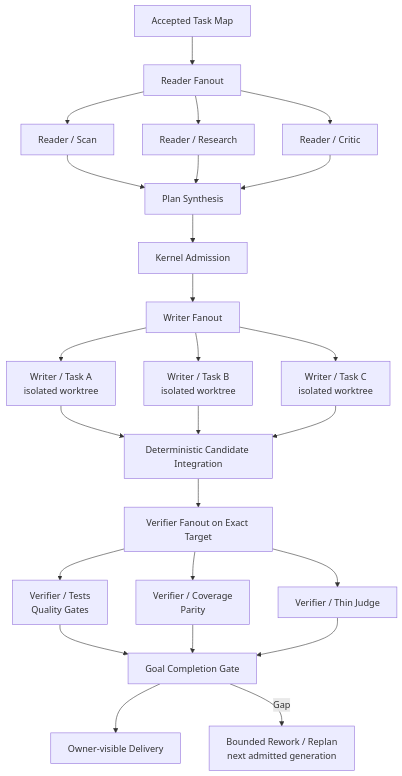
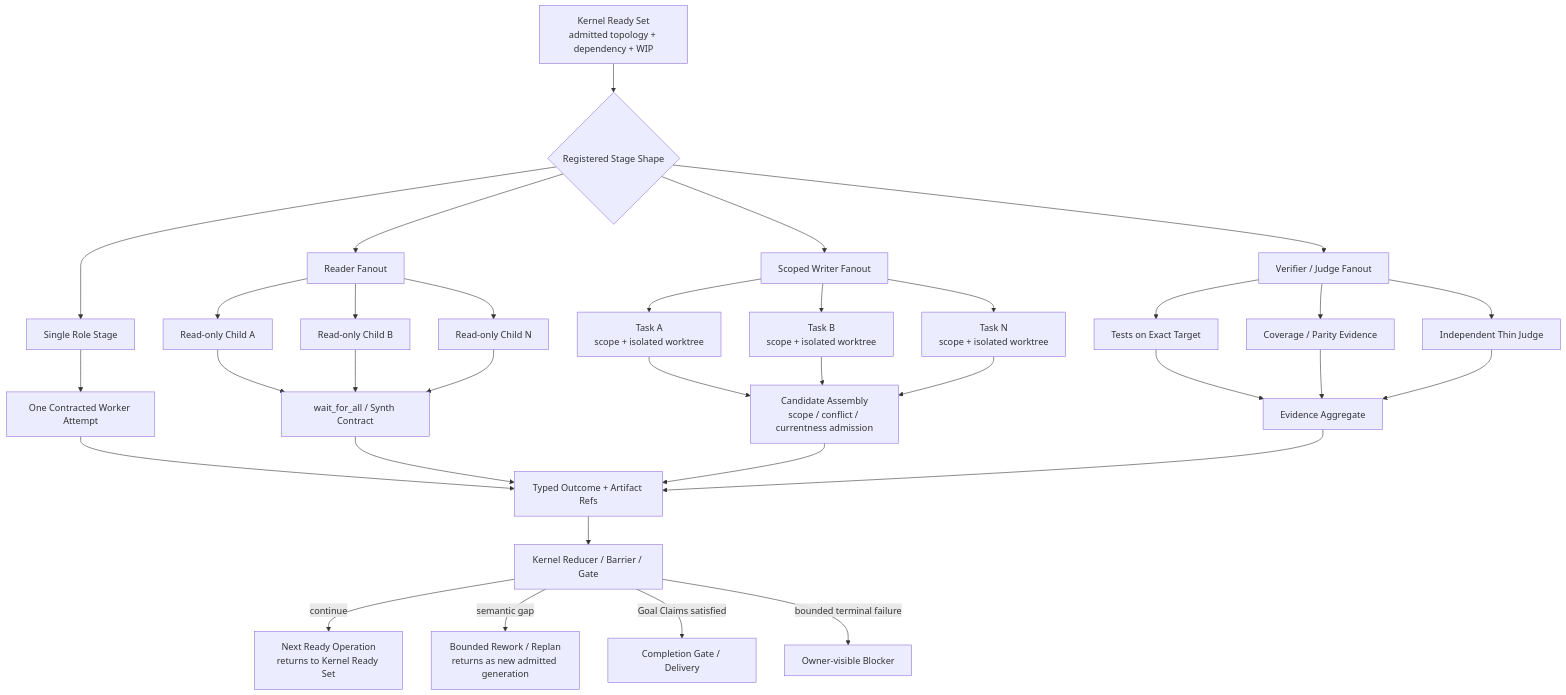
One commit to rzwu-uisee/zaofu-self-issue changed the second of 2 diagrams in docs/manual/architecture.en.md. Above: the diagram before and after it, drawn with Mermaid. The commit also changed other lines of this file and 3 other files, not shown here.

Commit message:
fix: preserve semantic rework recovery actions

````diff
--- a/docs/manual/architecture.en.md
+++ b/docs/manual/architecture.en.md
@@ -217,38 +230,41 @@
 ```mermaid
 flowchart TB
-  TASKMAP["Accepted Task Map"] --> RF["Reader Fanout"]
-  RF --> R1
-  RF --> R2
-  RF --> R3
-  R1["Reader / Scan"]
-  R2["Reader / Research"]
-  R3["Reader / Critic"]
-  R1 --> SYNTH["Plan Synthesis"]
-  R2 --> SYNTH
-  R3 --> SYNTH
-  SYNTH --> ADMISSION["Kernel Admission"]
+  READY["Kernel Ready Set<br/>admitted topology + dependency + WIP"] --> SHAPE{"Registered Stage Shape"}
 
-  ADMISSION --> WF["Writer Fanout"]
-  WF --> W1
-  WF --> W2
-  WF --> W3
-  W1["Writer / Task A<br/>isolated worktree"]
-  W2["Writer / Task B<br/>isolated worktree"]
-  W3["Writer / Task C<br/>isolated worktree"]
-  W1 --> INTEGRATE["Deterministic Candidate Integration"]
-  W2 --> INTEGRATE
-  W3 --> INTEGRATE
+  SHAPE --> SINGLE["Single Role Stage"]
+  SINGLE --> ONE["One Contracted Worker Attempt"]
 
-  INTEGRATE --> VF["Verifier Fanout on Exact Target"]
-  VF --> V1
-  VF --> V2
-  VF --> V3
-  V1["Verifier / Tests<br/>Quality Gates"]
-  V2["Verifier / Coverage<br/>Parity"]
-  V3["Verifier / Thin Judge"]
-  V1 --> COMPLETE["Goal Completion Gate"]
-  V2 --> COMPLETE
-  V3 --> COMPLETE
-  COMPLETE --> DELIVER["Owner-visible Delivery"]
-  COMPLETE -- "Gap" --> REPLAN["Bounded Rework / Replan<br/>next admitted generation"]
+  SHAPE --> RF["Reader Fanout"]
+  RF --> R1["Read-only Child A"]
+  RF --> R2["Read-only Child B"]
+  RF --> RN["Read-only Child N"]
+  R1 --> RS["wait_for_all / Synth Contract"]
+  R2 --> RS
+  RN --> RS
+
+  SHAPE --> WF["Scoped Writer Fanout"]
+  WF --> W1["Task A<br/>scope + isolated worktree"]
+  WF --> W2["Task B<br/>scope + isolated worktree"]
+  WF --> WN["Task N<br/>scope + isolated worktree"]
+  W1 --> CANDIDATE["Candidate Assembly<br/>scope / conflict / currentness admission"]
+  W2 --> CANDIDATE
+  WN --> CANDIDATE
+
+  SHAPE --> VF["Verifier / Judge Fanout"]
+  VF --> V1["Tests on Exact Target"]
+  VF --> V2["Coverage / Parity Evidence"]
+  VF --> VN["Independent Thin Judge"]
+  V1 --> VA["Evidence Aggregate"]
+  V2 --> VA
+  VN --> VA
+
+  ONE --> OUTCOME["Typed Outcome + Artifact Refs"]
+  RS --> OUTCOME
+  CANDIDATE --> OUTCOME
+  VA --> OUTCOME
+  OUTCOME --> REDUCER["Kernel Reducer / Barrier / Gate"]
+  REDUCER -- "continue" --> NEXT["Next Ready Operation<br/>returns to Kernel Ready Set"]
+  REDUCER -- "semantic gap" --> REPLAN["Bounded Rework / Replan<br/>returns as new admitted generation"]
+  REDUCER -- "Goal Claims satisfied" --> COMPLETE["Completion Gate / Delivery"]
+  REDUCER -- "bounded terminal failure" --> BLOCKED["Owner-visible Blocker"]
 ```
````
